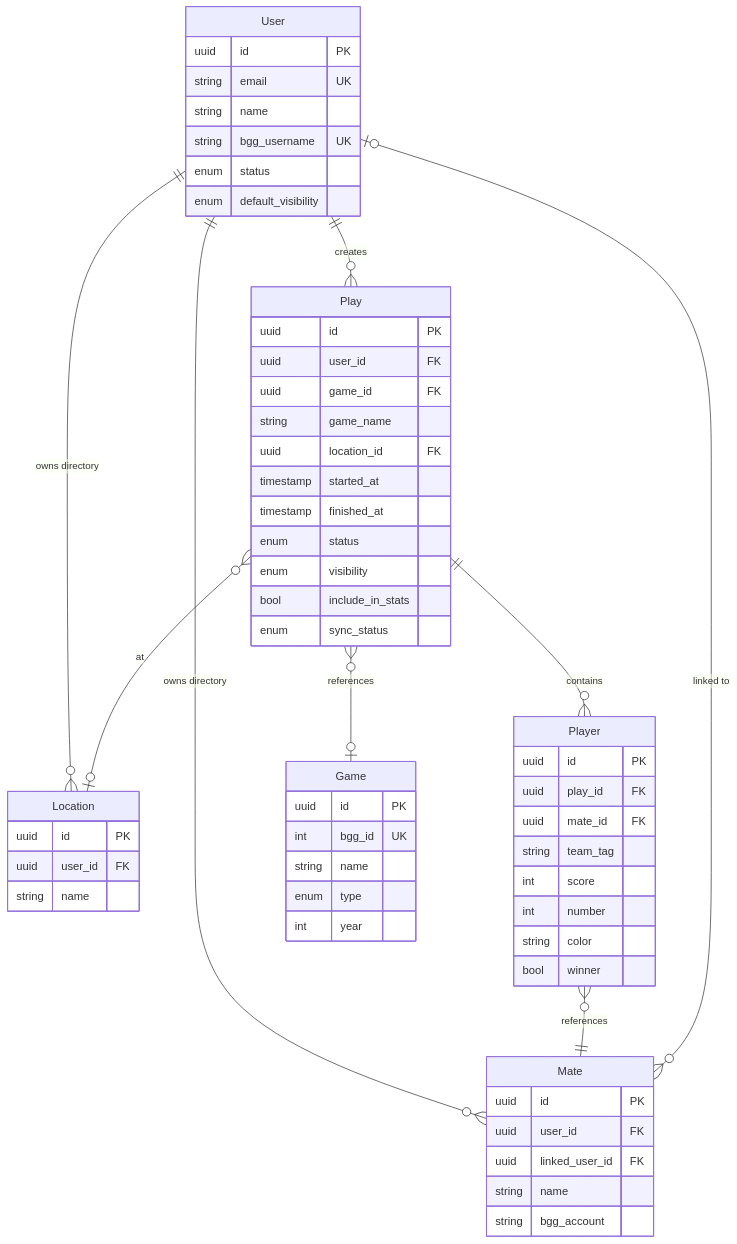
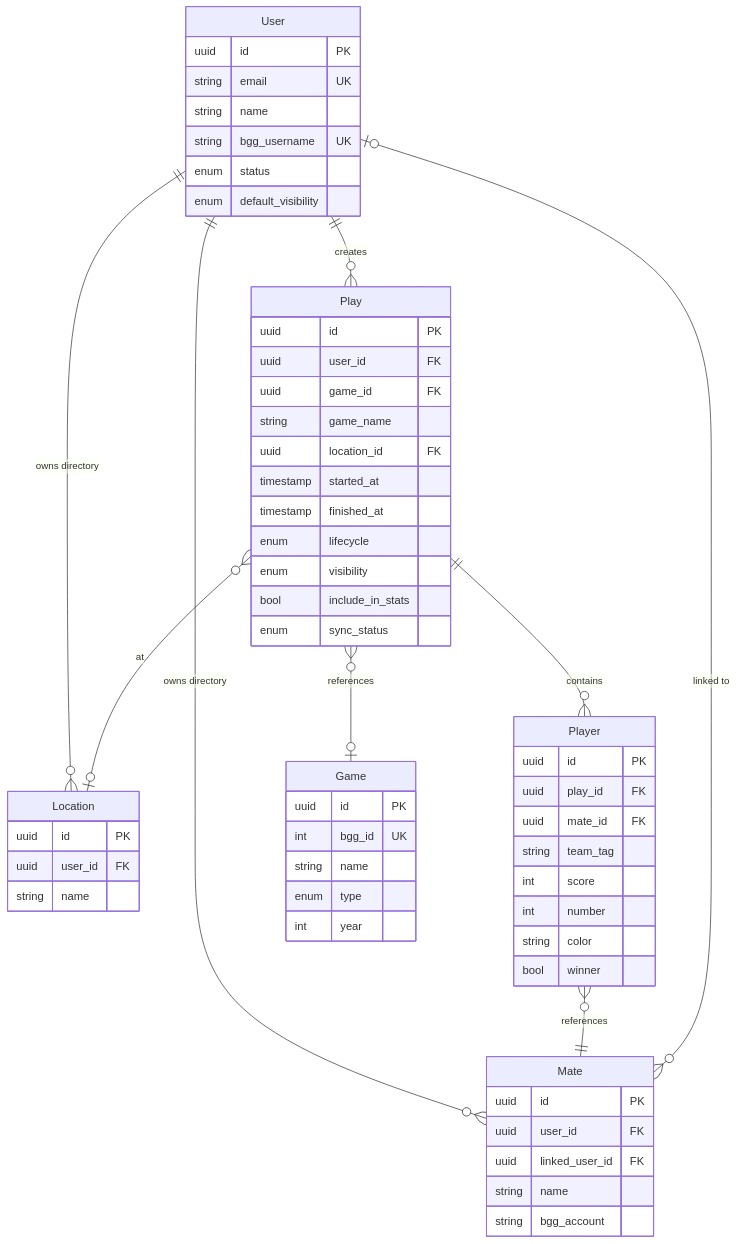
Before and after one commit to anddreyko/bgl-api: the fifth of 5 diagrams in docs/01-project-overview/02-business-domain.md, drawn with Mermaid. The commit also changed other lines of this file and 5 other files, not shown here.

````diff
--- a/docs/01-project-overview/02-business-domain.md
+++ b/docs/01-project-overview/02-business-domain.md
@@ -531,67 +565,67 @@
 ```mermaid
 erDiagram
     User ||--o{ Play: "creates"
     User ||--o{ Mate: "owns directory"
     User ||--o{ Location: "owns directory"
     Play ||--o{ Player: "contains"
     Play }o--o| Game: "references"
     Play }o--o| Location: "at"
     Player }o--|| Mate: "references"
     Mate }o--o| User: "linked to"
 
     User {
         uuid id PK
         string email UK
         string name
         string bgg_username UK
         enum status
         enum default_visibility
     }
 
     Play {
         uuid id PK
         uuid user_id FK
         uuid game_id FK
         string game_name
         uuid location_id FK
         timestamp started_at
         timestamp finished_at
-        enum status
+        enum lifecycle
         enum visibility
         bool include_in_stats
         enum sync_status
     }
 
     Player {
         uuid id PK
         uuid play_id FK
         uuid mate_id FK
         string team_tag
         int score
         int number
         string color
         bool winner
     }
 
     Game {
         uuid id PK
         int bgg_id UK
         string name
         enum type
         int year
     }
 
     Mate {
         uuid id PK
         uuid user_id FK
         uuid linked_user_id FK
         string name
         string bgg_account
     }
 
     Location {
         uuid id PK
         uuid user_id FK
         string name
     }
 ```
````
